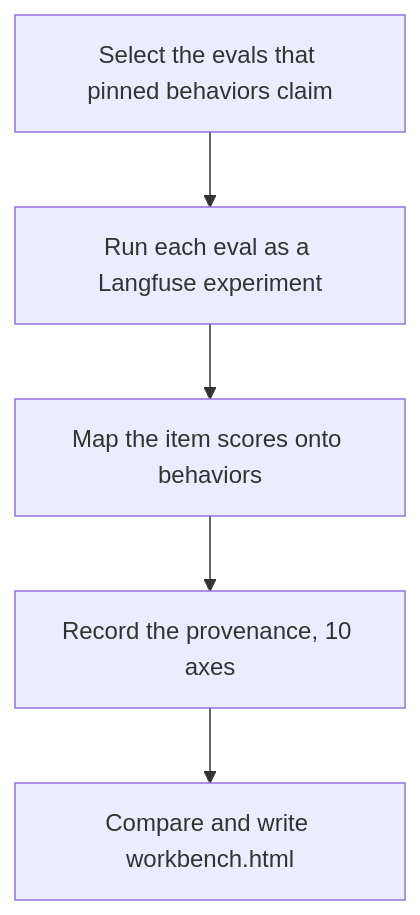
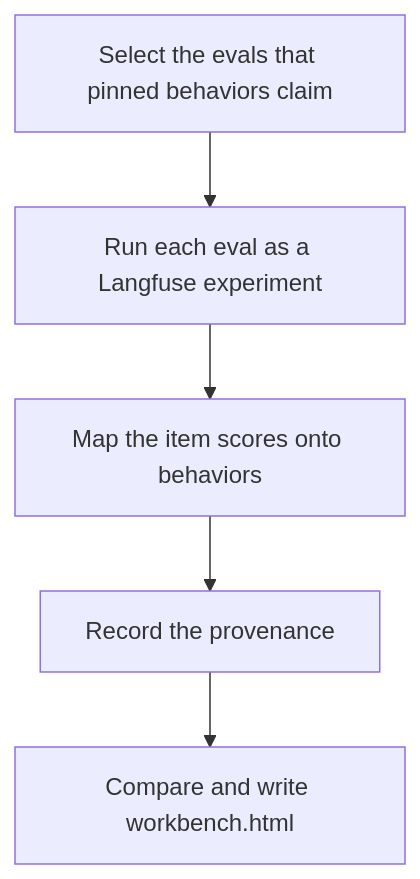
The third of 6 diagrams in src/AI/assistant/docs/modules/benchmarks.md (Altinn/altinn-studio), drawn with Mermaid before and after one commit. The commit also changed other lines of this file and 5 other files, not shown here.

Commit message:
docs(assistant): cut diagrams, field lists and counts that repeat another page or the code

````diff
--- a/src/AI/assistant/docs/modules/benchmarks.md
+++ b/src/AI/assistant/docs/modules/benchmarks.md
@@ -88,7 +50,7 @@
 ```mermaid
 flowchart TD
   A["Select the evals that pinned behaviors claim"] --> B["Run each eval as a Langfuse experiment"]
   B --> C["Map the item scores onto behaviors"]
-  C --> D["Record the provenance, 10 axes"]
+  C --> D["Record the provenance"]
   D --> E["Compare and write workbench.html"]
 ```
````
